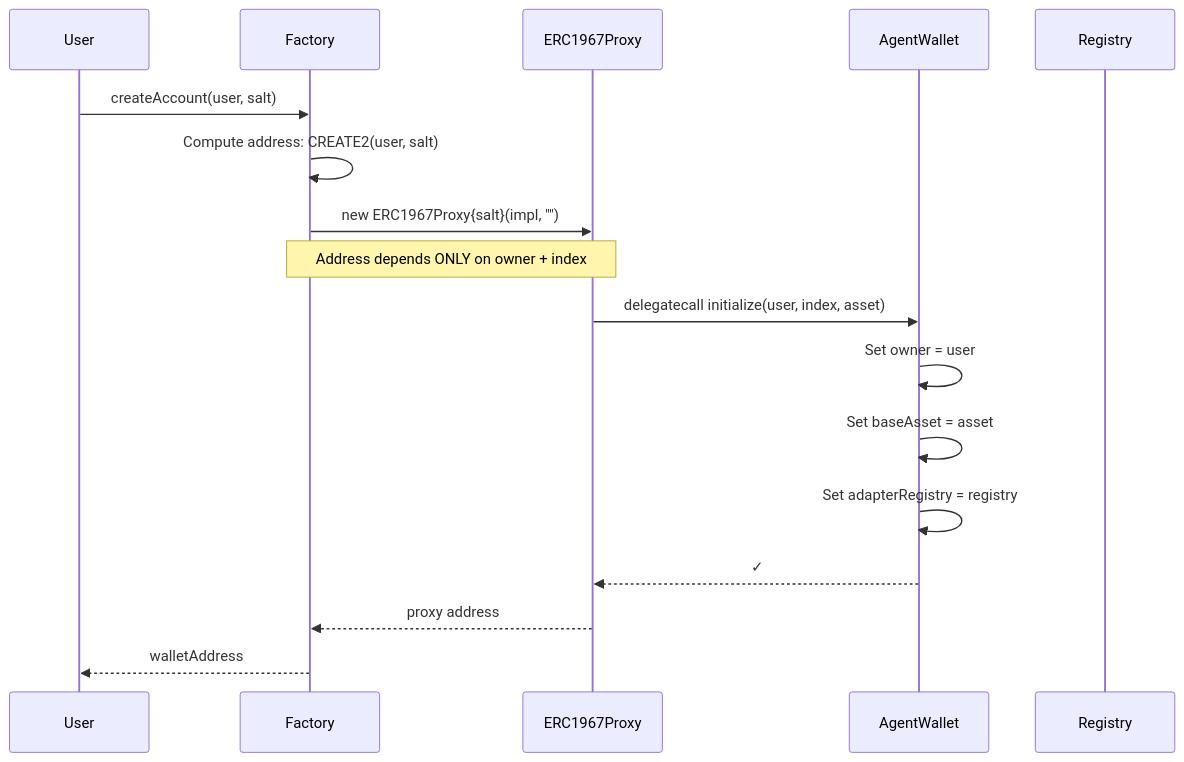
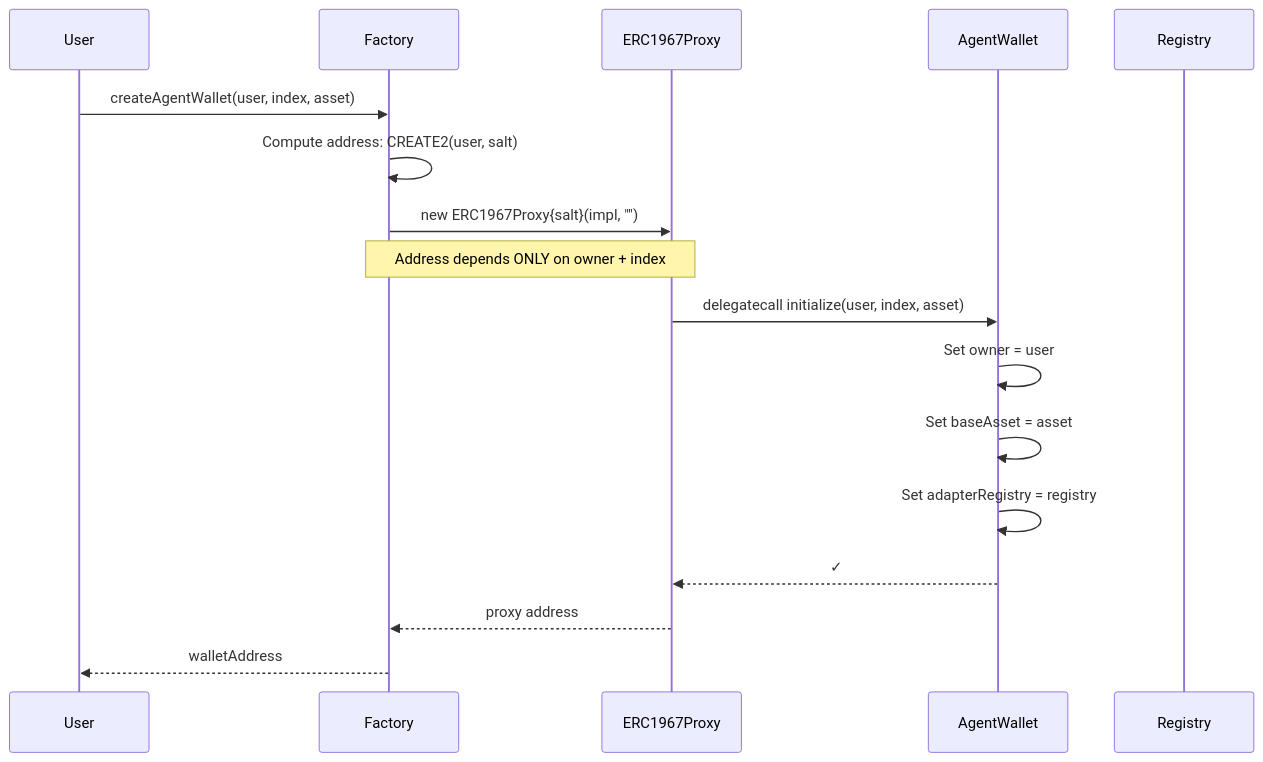
Before and after one commit to tokenpage/yieldseeker-contracts: the second of 3 diagrams in README.md, drawn with Mermaid. The commit also changed other lines of this file and 3 other files, not shown here.

````diff
--- a/README.md
+++ b/README.md
@@ -444,20 +498,20 @@
 ```mermaid
 sequenceDiagram
     participant User
     participant Factory
     participant Proxy as ERC1967Proxy
     participant Wallet as AgentWallet
     participant Registry
 
-    User->>Factory: createAccount(user, salt)
+    User->>Factory: createAgentWallet(user, index, asset)
     Factory->>Factory: Compute address: CREATE2(user, salt)
     Factory->>Proxy: new ERC1967Proxy{salt}(impl, "")
     Note over Factory, Proxy: Address depends ONLY on owner + index
     Proxy->>Wallet: delegatecall initialize(user, index, asset)
     Wallet->>Wallet: Set owner = user
     Wallet->>Wallet: Set baseAsset = asset
     Wallet->>Wallet: Set adapterRegistry = registry
     Wallet-->>Proxy: ✓
     Proxy-->>Factory: proxy address
     Factory-->>User: walletAddress
 ```
````
